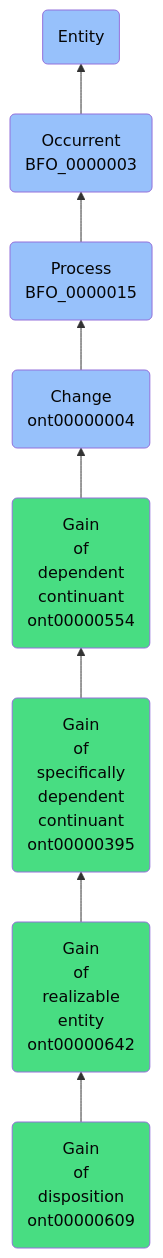
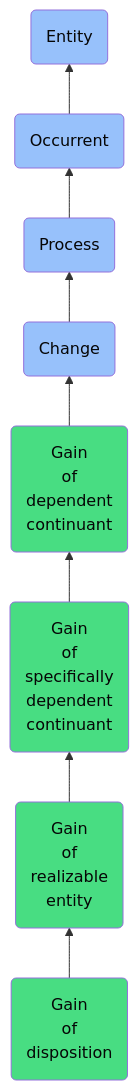
One commit to jupyter-naas/abi changed the diagram in docs/ontology/reference/model/Entity/Occurrent/Process/Change/Gain of dependent continuant/Gain of specifically dependent continuant/Gain of realizable entity/Gain of disposition/Gain of disposition.md. Above: the diagram before and after it, drawn with Mermaid. The commit also changed other lines of this file and 1430 other files, not shown here.

````diff
--- a/docs/ontology/reference/model/Entity/Occurrent/Process/Change/Gain of dependent continuant/Gain of specifically dependent continuant/Gain of realizable entity/Gain of disposition/Gain of disposition.md
+++ b/docs/ontology/reference/model/Entity/Occurrent/Process/Change/Gain of dependent continuant/Gain of specifically dependent continuant/Gain of realizable entity/Gain of disposition/Gain of disposition.md
@@ -24,15 +24,15 @@
 ```mermaid
 graph BT
-    ont00000609(Gain<br>of<br>disposition<br>ont00000609):::ABI-->ont00000642
-    ont00000642(Gain<br>of<br>realizable<br>entity<br>ont00000642):::ABI-->ont00000395
-    ont00000395(Gain<br>of<br>specifically<br>dependent<br>continuant<br>ont00000395):::ABI-->ont00000554
-    ont00000554(Gain<br>of<br>dependent<br>continuant<br>ont00000554):::ABI-->ont00000004
-    ont00000004(Change<br>ont00000004):::BFO-->BFO_0000015
-    BFO_0000015(Process<br>BFO_0000015):::BFO-->BFO_0000003
-    BFO_0000003(Occurrent<br>BFO_0000003):::BFO-->BFO_0000001
+    ont00000609(Gain<br>of<br>disposition):::ABI-->ont00000642
+    ont00000642(Gain<br>of<br>realizable<br>entity):::ABI-->ont00000395
+    ont00000395(Gain<br>of<br>specifically<br>dependent<br>continuant):::ABI-->ont00000554
+    ont00000554(Gain<br>of<br>dependent<br>continuant):::ABI-->ont00000004
+    ont00000004(Change):::BFO-->BFO_0000015
+    BFO_0000015(Process):::BFO-->BFO_0000003
+    BFO_0000003(Occurrent):::BFO-->BFO_0000001
     BFO_0000001(Entity):::BFO
     
     classDef BFO fill:#97c1fb,color:#060606
     classDef CCO fill:#e4c51e,color:#060606
     classDef ABI fill:#48DD82,color:#060606
 ```
````
